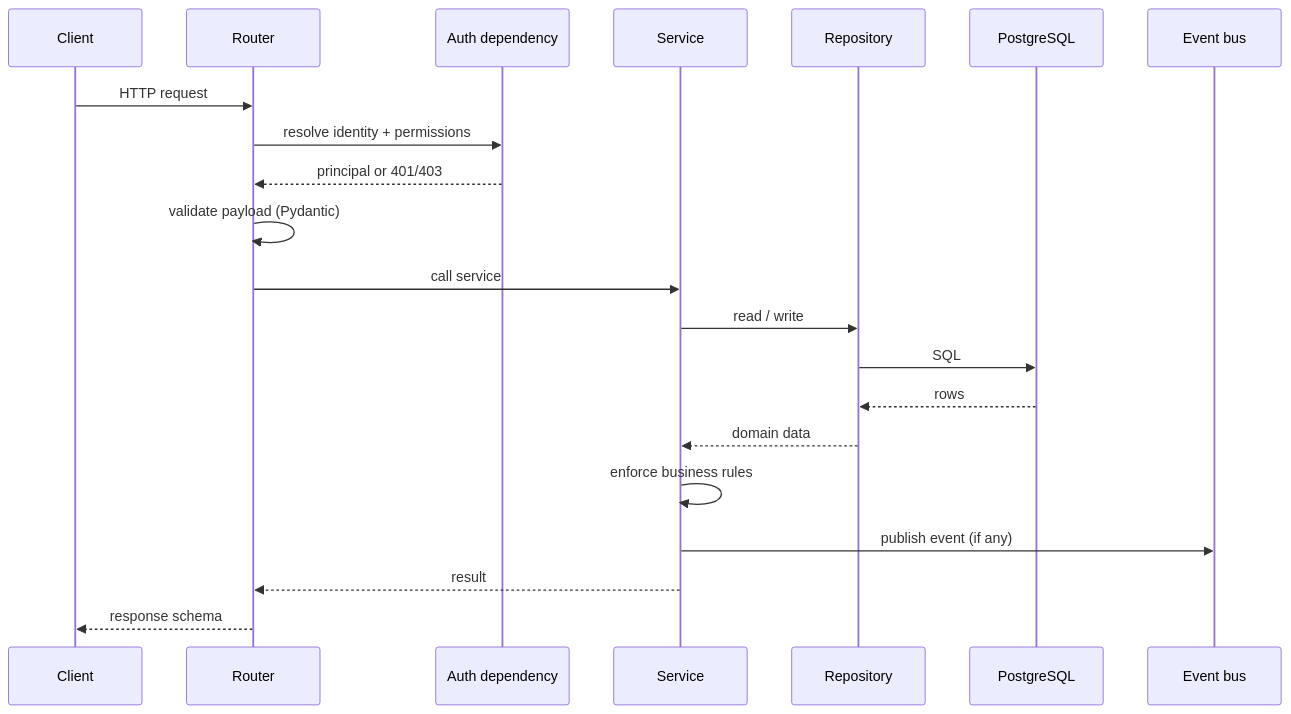
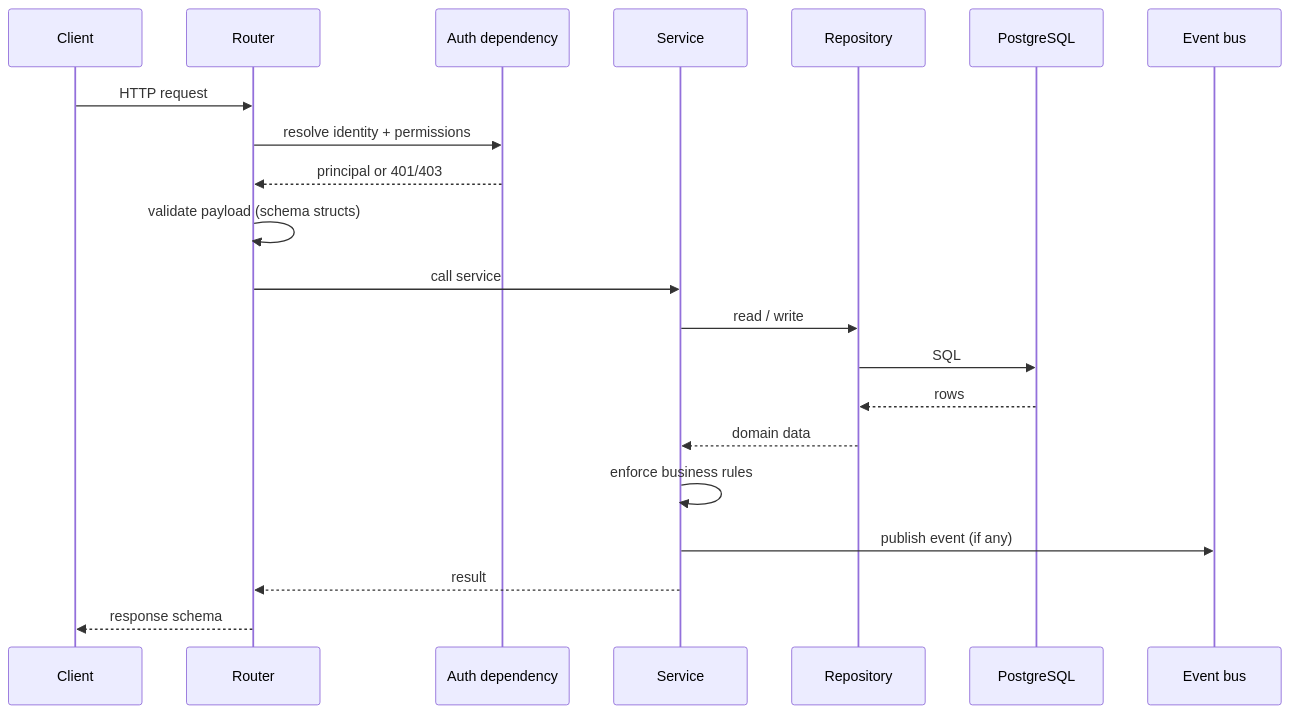
The second of 2 diagrams in docs/04-backend-architecture.md (codewithduong05/B2B-Platform), drawn with Mermaid before and after one commit. The commit also changed other lines of this file and 7 other files, not shown here.

````diff
--- a/docs/04-backend-architecture.md
+++ b/docs/04-backend-architecture.md
@@ -223,24 +202,24 @@
 ```mermaid
 sequenceDiagram
     participant C as Client
     participant R as Router
     participant D as Auth dependency
     participant S as Service
     participant P as Repository
     participant DB as PostgreSQL
     participant E as Event bus
 
     C->>R: HTTP request
     R->>D: resolve identity + permissions
     D-->>R: principal or 401/403
-    R->>R: validate payload (Pydantic)
+    R->>R: validate payload (schema structs)
     R->>S: call service
     S->>P: read / write
     P->>DB: SQL
     DB-->>P: rows
     P-->>S: domain data
     S->>S: enforce business rules
     S->>E: publish event (if any)
     S-->>R: result
     R-->>C: response schema
 ```
````
